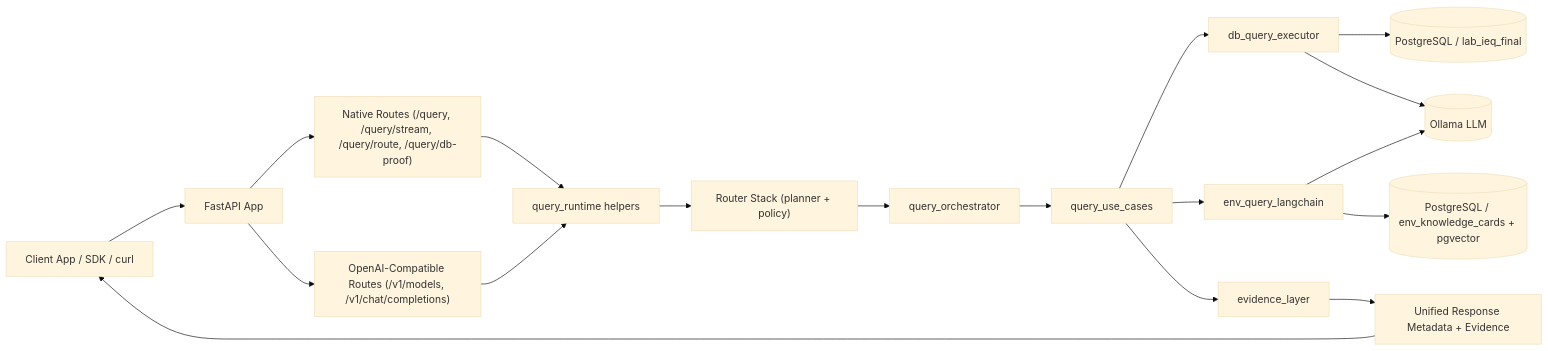
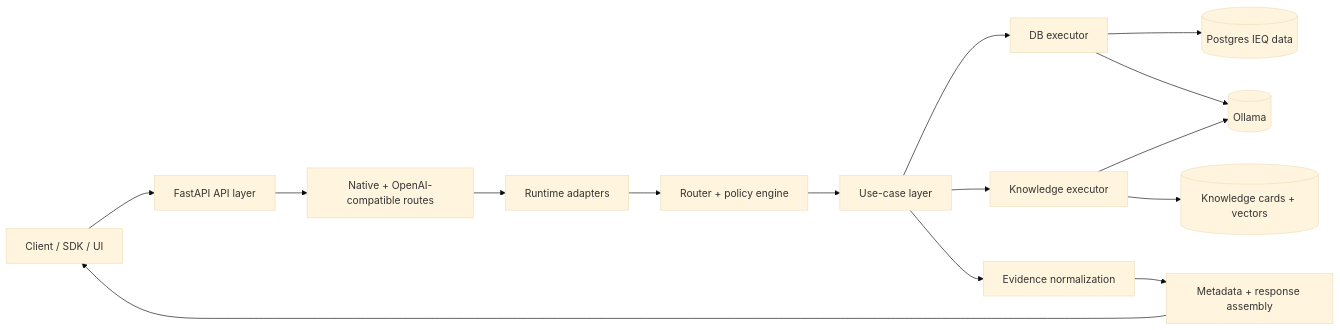
One commit to SMART-NYUAD/ieq-copilot-api changed the first of 4 diagrams in docs/architecture_deep_dive.md. Above: the diagram before and after it, drawn with Mermaid (base theme). The commit also changed other lines of this file and 1 other file, not shown here.

Commit message:
Changing graphs for documentation purposes

````diff
--- a/docs/architecture_deep_dive.md
+++ b/docs/architecture_deep_dive.md
@@ -8,24 +8,22 @@
 ```mermaid
 flowchart LR
-    Client[Client App / SDK / curl] --> FastAPI[FastAPI App]
-    FastAPI --> NativeRoutes["Native Routes (/query, /query/stream, /query/route, /query/db-proof)"]
-    FastAPI --> OpenAICompat["OpenAI-Compatible Routes (/v1/models, /v1/chat/completions)"]
+    Client[Client / SDK / UI] --> API[FastAPI API layer]
 
-    NativeRoutes --> RuntimeAdapters[query_runtime helpers]
-    OpenAICompat --> RuntimeAdapters
+    API --> Routes[Native + OpenAI-compatible routes]
+    Routes --> Runtime[Runtime adapters]
 
-    RuntimeAdapters --> Router["Router Stack (planner + policy)"]
-    Router --> Orchestrator[query_orchestrator]
-    Orchestrator --> UseCases[query_use_cases]
-    UseCases --> DBExec[db_query_executor]
-    UseCases --> CardExec[env_query_langchain]
+    Runtime --> Router[Router + policy engine]
+    Router --> UseCases[Use-case layer]
 
-    DBExec --> Postgres[(PostgreSQL / lab_ieq_final)]
-    CardExec --> Cards[(PostgreSQL / env_knowledge_cards + pgvector)]
-    DBExec --> Ollama[(Ollama LLM)]
-    CardExec --> Ollama
+    UseCases --> DBExec[DB executor]
+    UseCases --> KnowledgeExec[Knowledge executor]
 
-    UseCases --> Evidence[evidence_layer]
-    Evidence --> Response[Unified Response Metadata + Evidence]
+    DBExec --> DB[(Postgres IEQ data)]
+    KnowledgeExec --> Cards[(Knowledge cards + vectors)]
+    DBExec --> LLM[(Ollama)]
+    KnowledgeExec --> LLM
+
+    UseCases --> Evidence[Evidence normalization]
+    Evidence --> Response[Metadata + response assembly]
     Response --> Client
 ```
````
